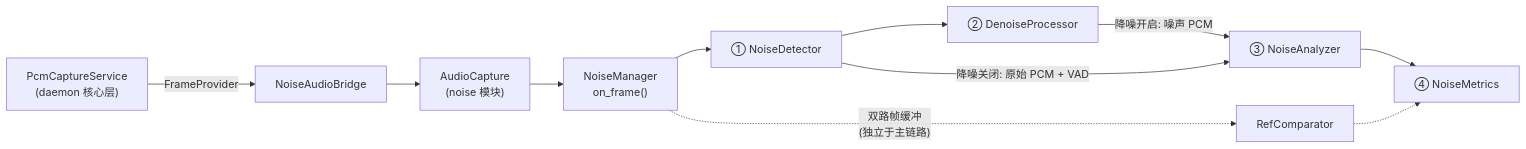
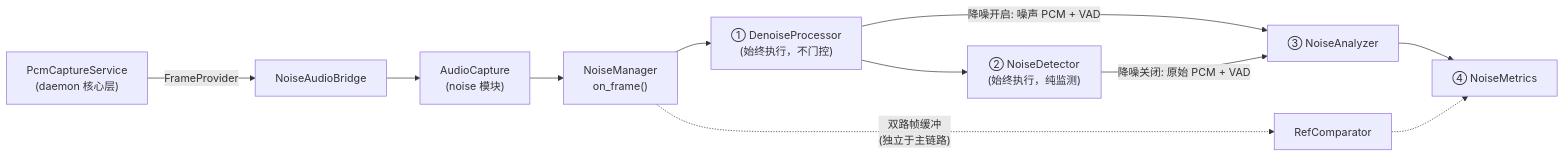
The third of 6 diagrams in docs/noise/architecture-design.md (JunJunHub/aes67-linux-daemon), drawn with Mermaid before and after one commit. The commit also changed other lines of this file, not shown here.

First line of the commit message:
docs(noise): NoiseDetector 重定位为监测角色 + ①②顺序执行无门控

````diff
--- a/docs/noise/architecture-design.md
+++ b/docs/noise/architecture-design.md
@@ -318,13 +318,13 @@
 ```mermaid
 flowchart LR
     PCS["PcmCaptureService<br/>(daemon 核心层)"] -->|FrameProvider| BRIDGE["NoiseAudioBridge"]
     BRIDGE --> CAP["AudioCapture<br/>(noise 模块)"]
     CAP --> NM["NoiseManager<br/>on_frame()"]
-    NM --> DET["① NoiseDetector"]
-    DET --> DNR["② DenoiseProcessor"]
-    DNR -->|"降噪开启: 噪声 PCM"| ANA["③ NoiseAnalyzer"]
+    NM --> DNR["① DenoiseProcessor<br/>(始终执行，不门控)"]
+    DNR --> DET["② NoiseDetector<br/>(始终执行，纯监测)"]
+    DNR -->|"降噪开启: 噪声 PCM + VAD"| ANA["③ NoiseAnalyzer"]
     DET -->|"降噪关闭: 原始 PCM + VAD"| ANA
     ANA --> MET["④ NoiseMetrics"]
     NM -.->|"双路帧缓冲<br/>(独立于主链路)"| REF["RefComparator"]
     REF -.-> MET
 ```
````
